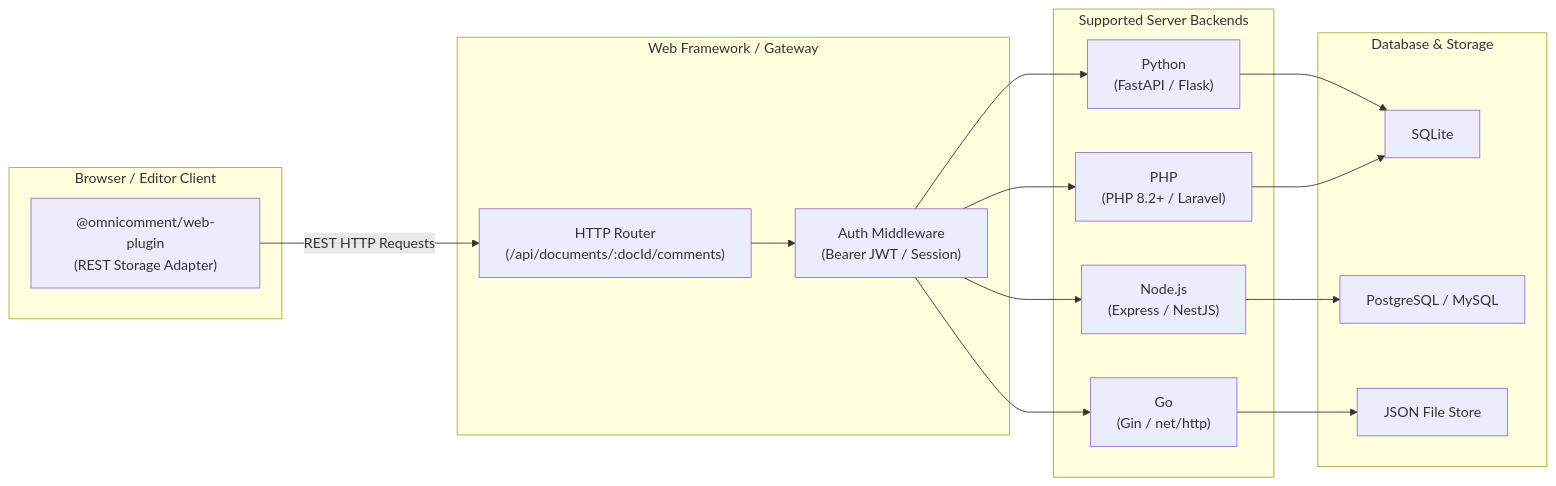
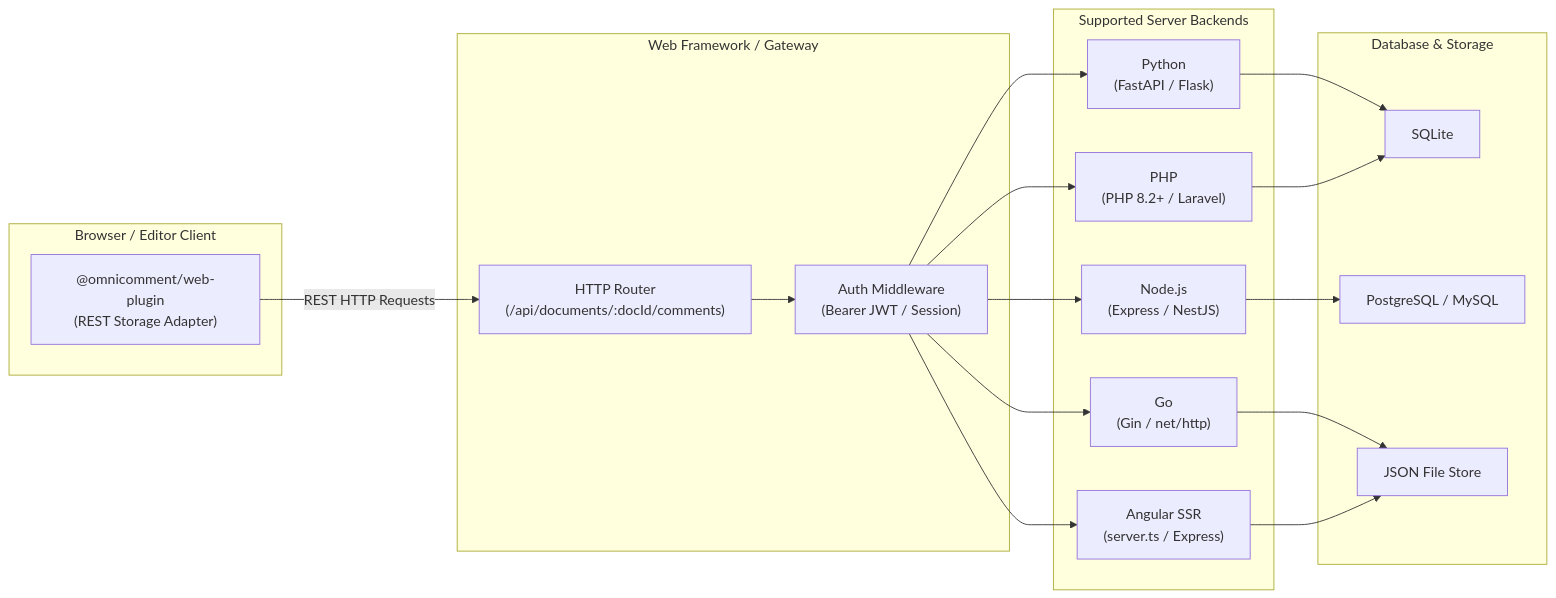
The diagram in docs/SERVER_FRAMEWORKS_GUIDE.md (benquike/OmniComment), drawn with Mermaid before and after one commit. The commit also changed other lines of this file and 10 other files, not shown here.

First line of the commit message:
feat(server): add Angular SSR server implementation with persistence API and integration guide

````diff
--- a/docs/SERVER_FRAMEWORKS_GUIDE.md
+++ b/docs/SERVER_FRAMEWORKS_GUIDE.md
@@ -30,35 +31,38 @@
 ```mermaid
 flowchart LR
     subgraph Client ["Browser / Editor Client"]
         SDK["@omnicomment/web-plugin\n(REST Storage Adapter)"]
     end
 
     subgraph BackendGateway ["Web Framework / Gateway"]
         ROUTER["HTTP Router\n(/api/documents/:docId/comments)"]
         AUTH["Auth Middleware\n(Bearer JWT / Session)"]
         ROUTER --> AUTH
     end
 
     subgraph ServerFrameworks ["Supported Server Backends"]
         PY["Python\n(FastAPI / Flask)"]
         GO["Go\n(Gin / net/http)"]
         PHP["PHP\n(PHP 8.2+ / Laravel)"]
+        ANGULAR["Angular SSR\n(server.ts / Express)"]
         NODE["Node.js\n(Express / NestJS)"]
     end
 
     subgraph StorageEngine ["Database & Storage"]
         SQLITE["SQLite"]
         PG["PostgreSQL / MySQL"]
         JSONSTORE["JSON File Store"]
     end
 
     SDK -->|REST HTTP Requests| ROUTER
     AUTH --> PY
     AUTH --> GO
     AUTH --> PHP
+    AUTH --> ANGULAR
     AUTH --> NODE
     PY --> SQLITE
     GO --> JSONSTORE
     PHP --> SQLITE
+    ANGULAR --> JSONSTORE
     NODE --> PG
 ```
````
